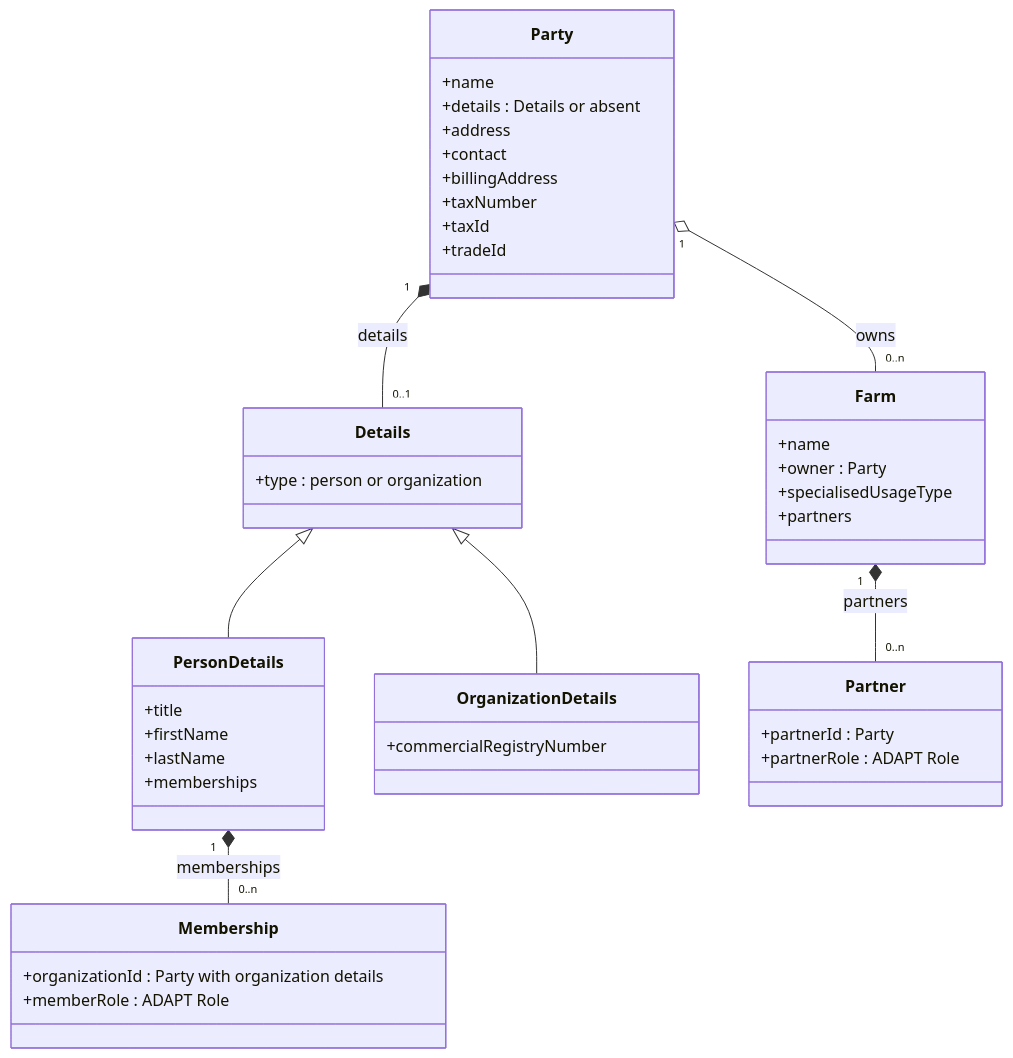
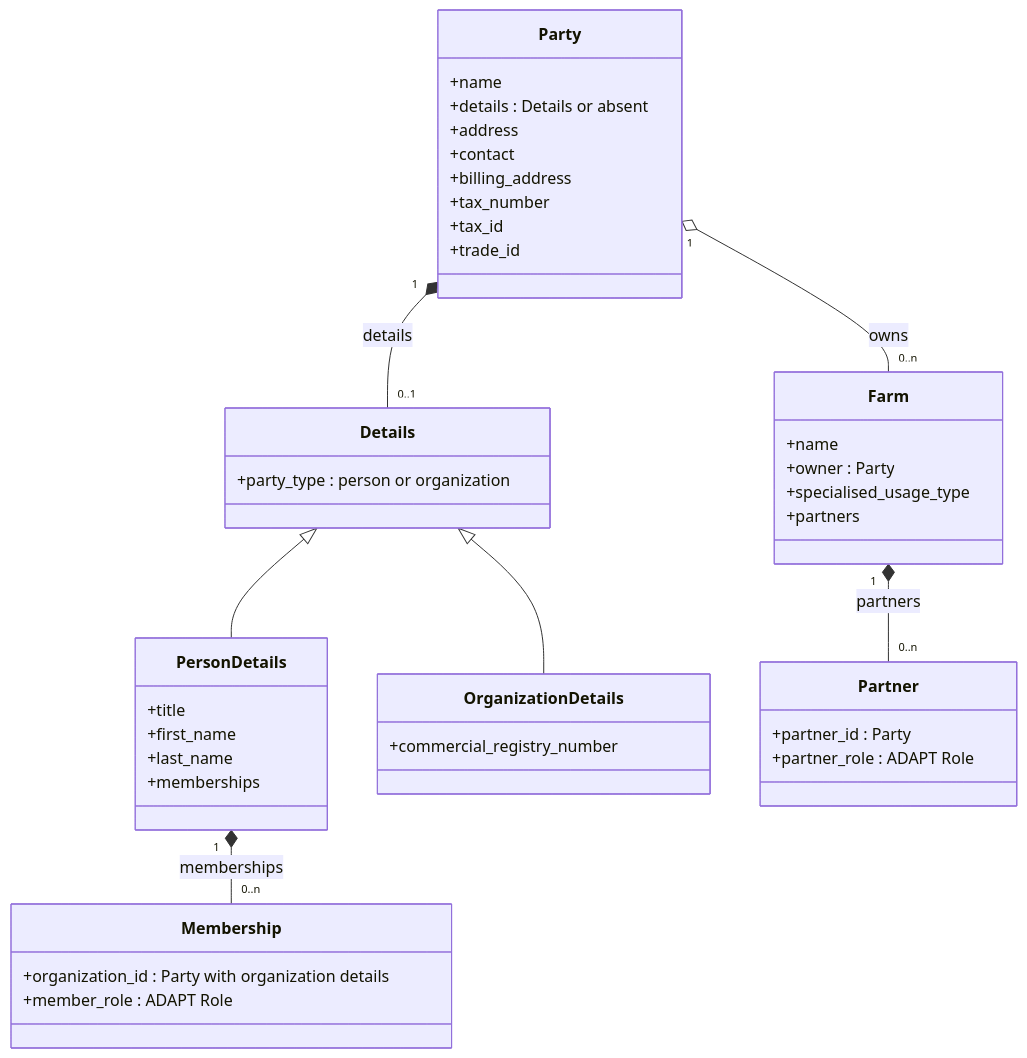
Before and after one commit to DKE-Data/masterdata-sync-working-group: the first of 6 diagrams in architecture/08-party-model.md, drawn with Mermaid. The commit also changed other lines of this file and 7 other files, not shown here.

````diff
--- a/architecture/08-party-model.md
+++ b/architecture/08-party-model.md
@@ -57,46 +57,46 @@
 ```mermaid
 classDiagram
     direction TB
     class Party {
         +name
         +details : Details or absent
         +address
         +contact
-        +billingAddress
-        +taxNumber
-        +taxId
-        +tradeId
+        +billing_address
+        +tax_number
+        +tax_id
+        +trade_id
     }
     class Details {
-        +type : person or organization
+        +party_type : person or organization
     }
     class PersonDetails {
         +title
-        +firstName
-        +lastName
+        +first_name
+        +last_name
         +memberships
     }
     class OrganizationDetails {
-        +commercialRegistryNumber
+        +commercial_registry_number
     }
     class Membership {
-        +organizationId : Party with organization details
-        +memberRole : ADAPT Role
+        +organization_id : Party with organization details
+        +member_role : ADAPT Role
     }
     class Farm {
         +name
         +owner : Party
-        +specialisedUsageType
+        +specialised_usage_type
         +partners
     }
     class Partner {
-        +partnerId : Party
-        +partnerRole : ADAPT Role
+        +partner_id : Party
+        +partner_role : ADAPT Role
     }
     Party "1" *-- "0..1" Details : details
     Details <|-- PersonDetails
     Details <|-- OrganizationDetails
     PersonDetails "1" *-- "0..n" Membership : memberships
     Party "1" o-- "0..n" Farm : owns
     Farm "1" *-- "0..n" Partner : partners
 ```
````
